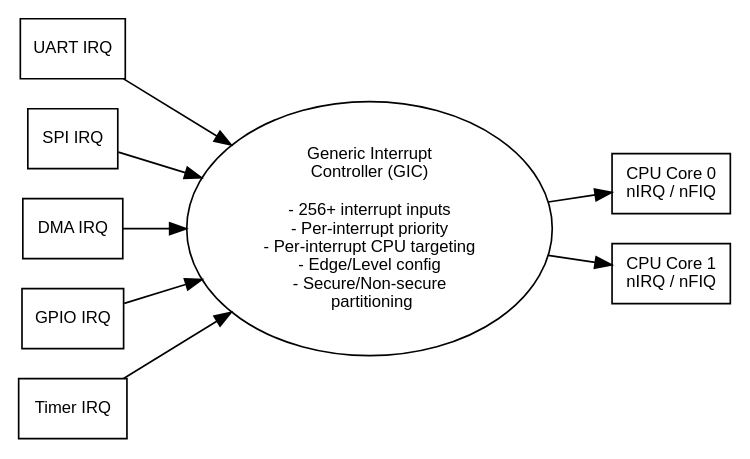
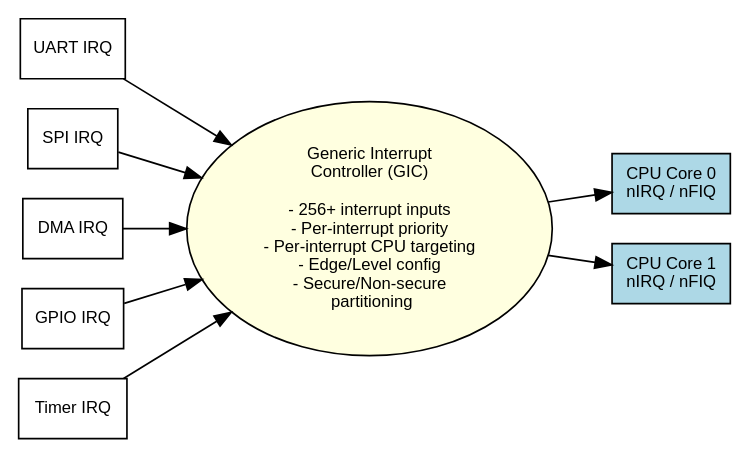
Before and after one commit to morganp/morganp.github.io: the eighth of 8 diagrams in content/posts/2026-04-18_SoC_Article_08_Peripherals_and_IO/2026-04-18_SoC_Article_08_Peripherals_and_IO.md, drawn with Graphviz. The commit also changed other lines of this file, not shown here.

Commit message:
Replace ASCII diagrams with dot/mermaid/wavedrom in SoC Article 08

````diff
--- a/content/posts/2026-04-18_SoC_Article_08_Peripherals_and_IO/2026-04-18_SoC_Article_08_Peripherals_and_IO.md
+++ b/content/posts/2026-04-18_SoC_Article_08_Peripherals_and_IO/2026-04-18_SoC_Article_08_Peripherals_and_IO.md
@@ -275,27 +311,27 @@
 ```dot
 digraph InterruptController {
     rankdir=LR;
     node [shape=box, fontname="Helvetica", fontsize=10];
     edge [fontname="Helvetica", fontsize=8];
 
     UART  [label="UART IRQ"];
     SPI   [label="SPI IRQ"];
     DMA   [label="DMA IRQ"];
     GPIO  [label="GPIO IRQ"];
     TIMER [label="Timer IRQ"];
 
-    GIC [label="Generic Interrupt\nController (GIC)\n\n- 256+ interrupt inputs\n- Per-interrupt priority\n- Per-interrupt CPU targeting\n- Edge/Level config\n- Secure/Non-secure\n  partitioning", shape=ellipse];
+    GIC [label="Generic Interrupt\nController (GIC)\n\n- 256+ interrupt inputs\n- Per-interrupt priority\n- Per-interrupt CPU targeting\n- Edge/Level config\n- Secure/Non-secure\n  partitioning", shape=ellipse, style=filled, fillcolor=lightyellow];
 
-    CPU0 [label="CPU Core 0\nnIRQ / nFIQ"];
-    CPU1 [label="CPU Core 1\nnIRQ / nFIQ"];
+    CPU0 [label="CPU Core 0\nnIRQ / nFIQ", style=filled, fillcolor=lightblue];
+    CPU1 [label="CPU Core 1\nnIRQ / nFIQ", style=filled, fillcolor=lightblue];
 
     UART  -> GIC;
     SPI   -> GIC;
     DMA   -> GIC;
     GPIO  -> GIC;
     TIMER -> GIC;
 
     GIC -> CPU0;
     GIC -> CPU1;
 }
 ```
````
